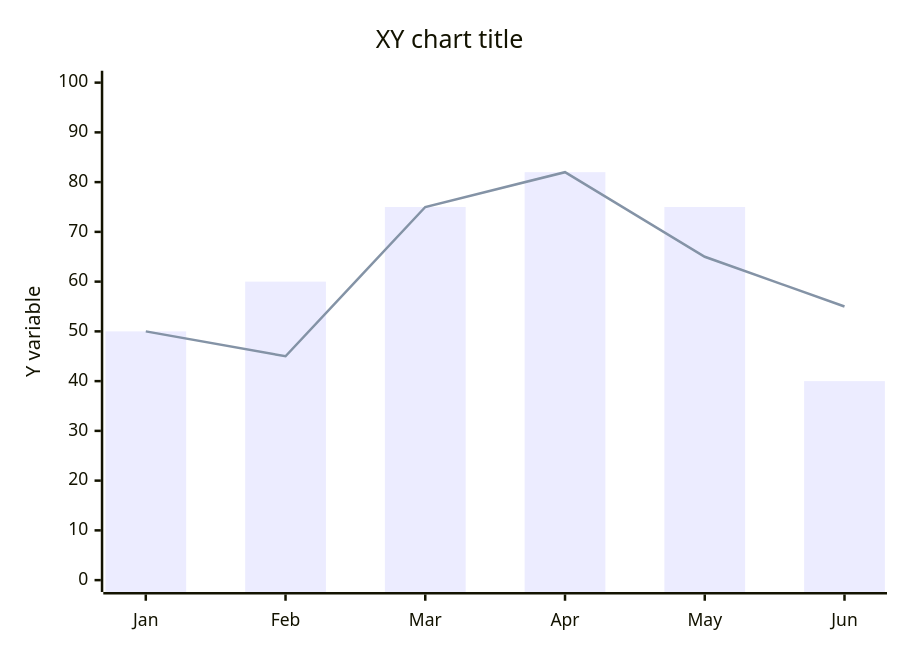
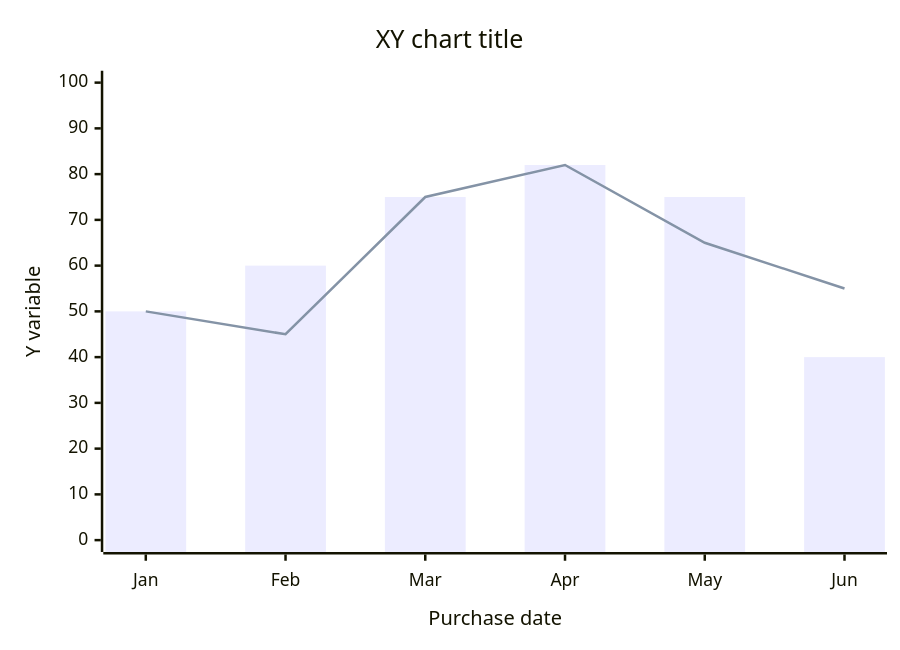
The sixth of 18 diagrams in README.md (zluvsand/mermaid), drawn with Mermaid before and after one commit.

Commit message:
Add x axis label in README

````diff
--- a/README.md
+++ b/README.md
@@ -48,8 +48,8 @@
 ```mermaid
 xychart-beta
     title "XY chart title"
-    x-axis [Jan, Feb, Mar, Apr, May, Jun]
+    x-axis "Purchase date" [Jan, Feb, Mar, Apr, May, Jun]
     y-axis "Y variable" 0 --> 100
     bar [50, 60, 75, 82, 75, 40]
     line [50, 45, 75, 82, 65, 55]
 ```
````
